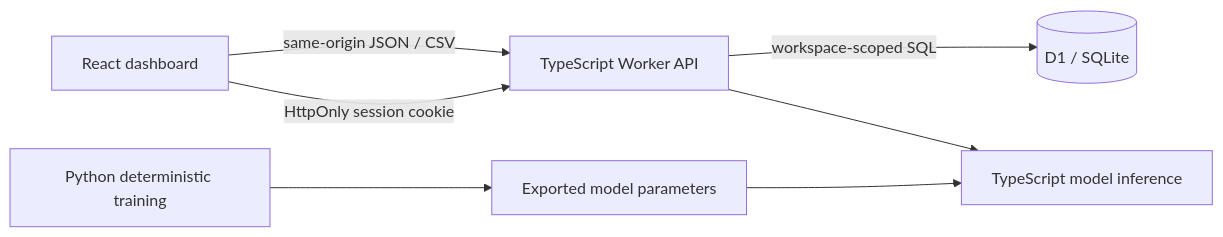
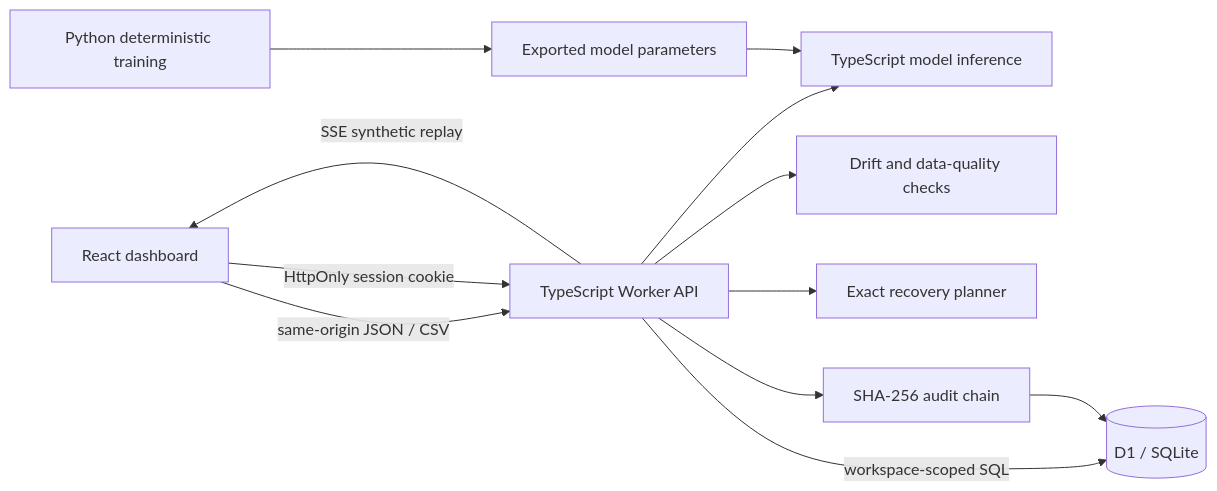
One commit to SrijanSingh2006/aquapulse-water-intelligence changed the diagram in README.md. Above: the diagram before and after it, drawn with Mermaid. The commit also changed other lines of this file and 29 other files, not shown here.

````diff
--- a/README.md
+++ b/README.md
@@ -71,9 +80,14 @@
 ```mermaid
 flowchart LR
   Browser[React dashboard] -->|same-origin JSON / CSV| Worker[TypeScript Worker API]
   Worker -->|workspace-scoped SQL| D1[(D1 / SQLite)]
   Worker --> Inference[TypeScript model inference]
+  Worker --> Assurance[Drift and data-quality checks]
+  Worker --> Planner[Exact recovery planner]
+  Worker -->|SSE synthetic replay| Browser
+  Worker --> Audit[SHA-256 audit chain]
+  Audit --> D1
   Train[Python deterministic training] --> Artifact[Exported model parameters]
   Artifact --> Inference
   Browser -->|HttpOnly session cookie| Worker
 ```
````
